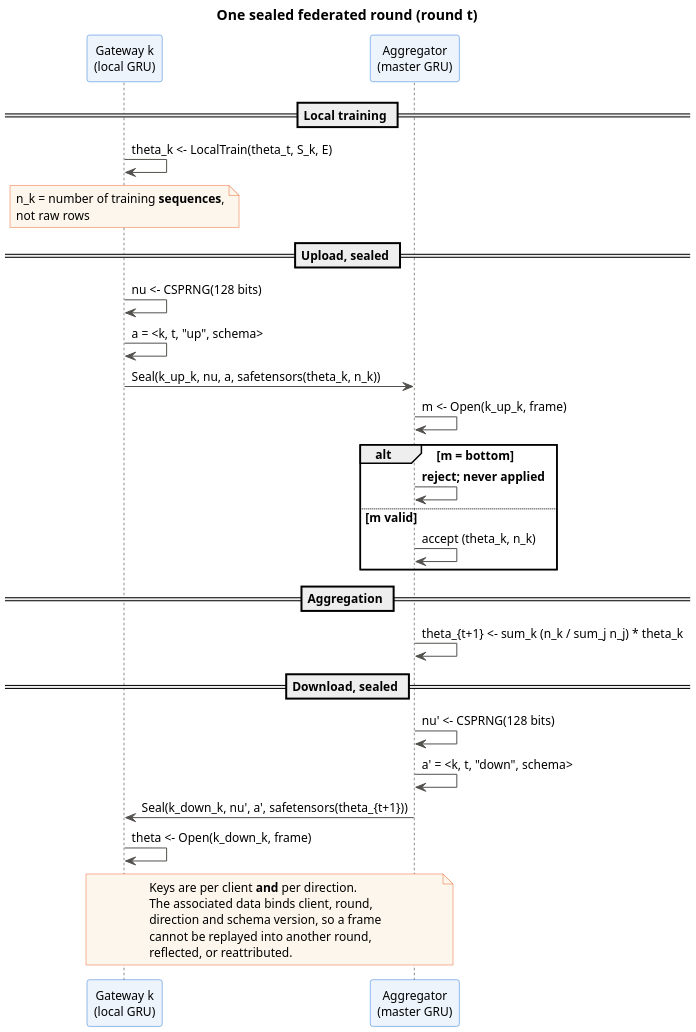
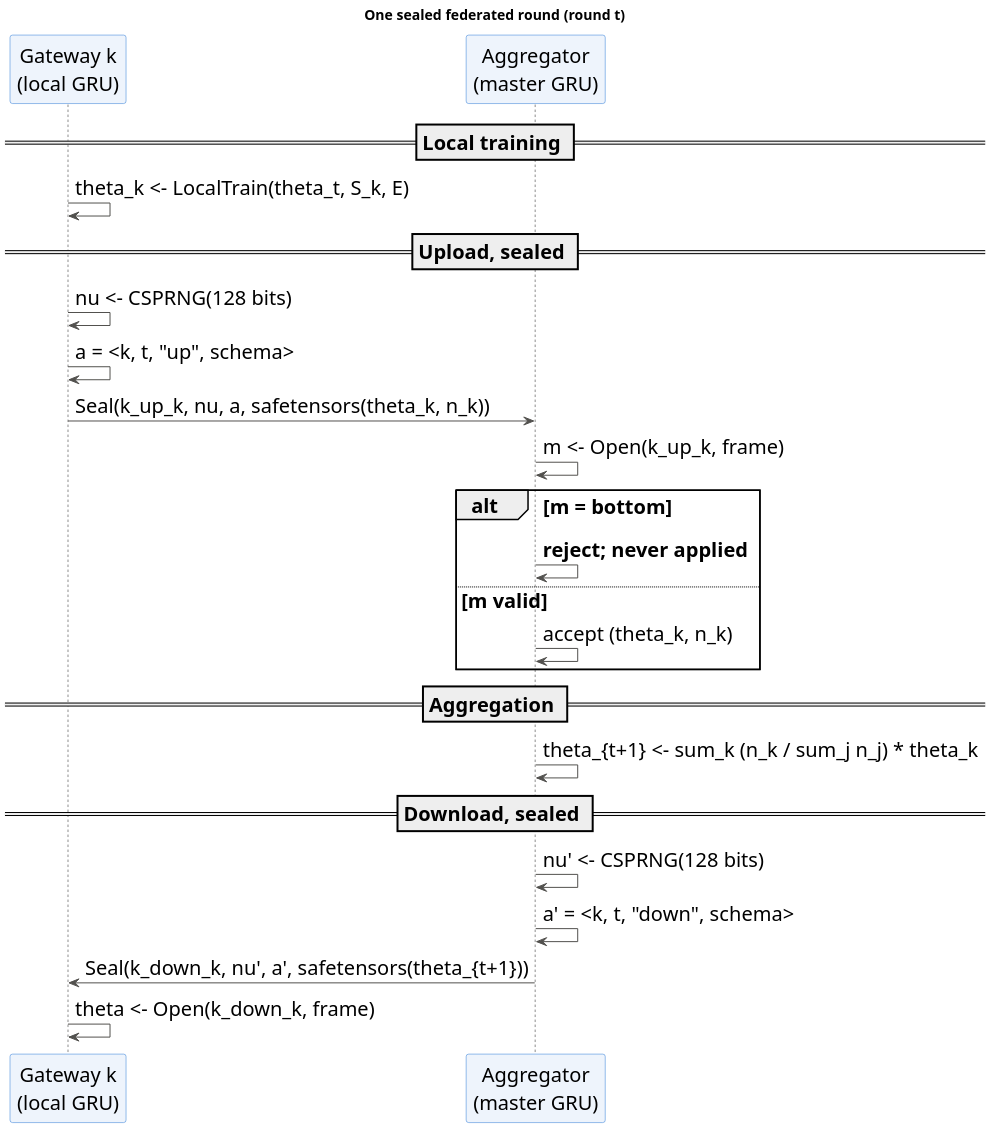
The diagram in paper/diagrams/02_sealed_round.puml (AryanAgarwal1251/ascon_smart_agri), drawn with PlantUML before and after one commit. The commit also changed 13 other files, not shown here.

```diff
--- a/paper/diagrams/02_sealed_round.puml
+++ b/paper/diagrams/02_sealed_round.puml
@@ -1,55 +1,43 @@
 @startuml sealed_round
 ' One federated round, showing the associated data on every frame.
 ' render at 2x so the raster export is print-resolution at column width
 scale 2
 skinparam defaultFontName Helvetica
-skinparam defaultFontSize 12
+skinparam defaultFontSize 20
 skinparam shadowing false
 skinparam ParticipantBackgroundColor #eef4fc
 skinparam ParticipantBorderColor #2a78d6
 skinparam ArrowColor #52514e
 skinparam NoteBackgroundColor #fdf6ec
 skinparam NoteBorderColor #eb6834
 
 title One sealed federated round (round t)
 
 participant "Gateway k\n(local GRU)" as C
 participant "Aggregator\n(master GRU)" as A
 
 == Local training ==
 C -> C : theta_k <- LocalTrain(theta_t, S_k, E)
-note over C
-  n_k = number of training <b>sequences</b>,
-  not raw rows
-end note
 
 == Upload, sealed ==
 C -> C : nu <- CSPRNG(128 bits)
 C -> C : a = <k, t, "up", schema>
 C -> A : Seal(k_up_k, nu, a, safetensors(theta_k, n_k))
 
 A -> A : m <- Open(k_up_k, frame)
 alt m = bottom
   A -> A : <b>reject; never applied</b>
 else m valid
   A -> A : accept (theta_k, n_k)
 end
 
 == Aggregation ==
 A -> A : theta_{t+1} <- sum_k (n_k / sum_j n_j) * theta_k
 
 == Download, sealed ==
 A -> A : nu' <- CSPRNG(128 bits)
 A -> A : a' = <k, t, "down", schema>
 A -> C : Seal(k_down_k, nu', a', safetensors(theta_{t+1}))
 C -> C : theta <- Open(k_down_k, frame)
 
-note over C, A
-  Keys are per client <b>and</b> per direction.
-  The associated data binds client, round,
-  direction and schema version, so a frame
-  cannot be replayed into another round,
-  reflected, or reattributed.
-end note
-
 @enduml
```
